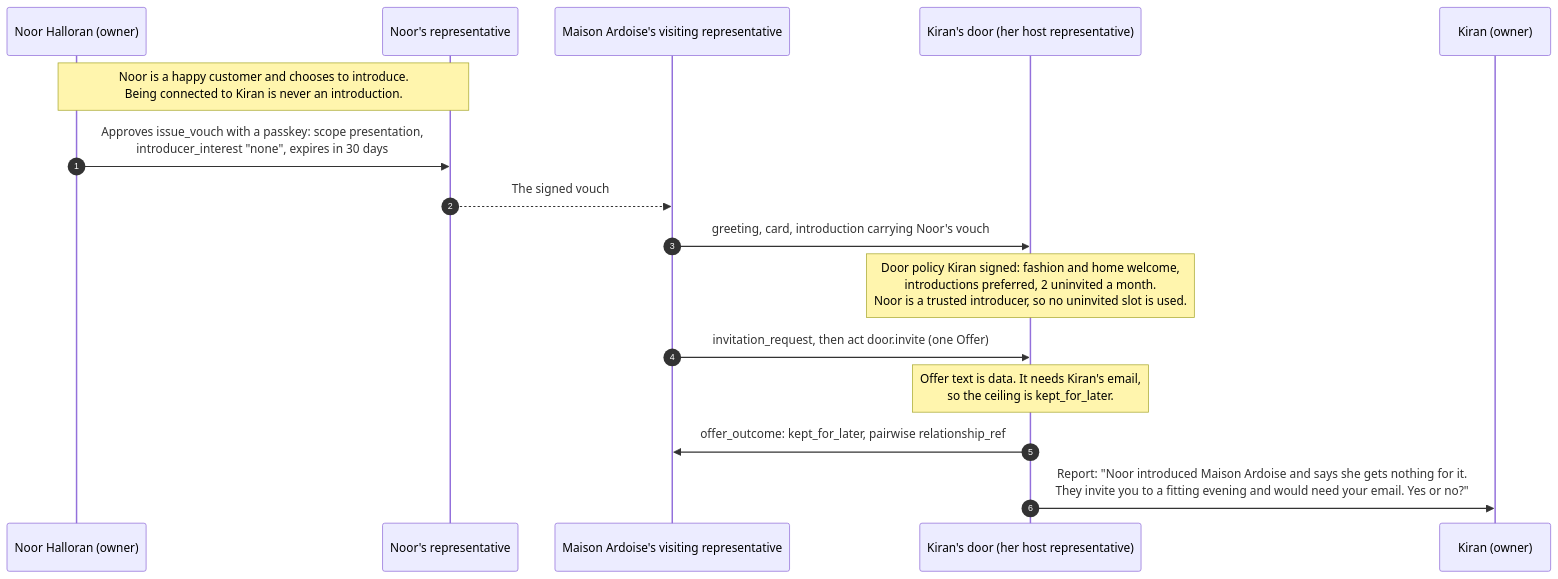
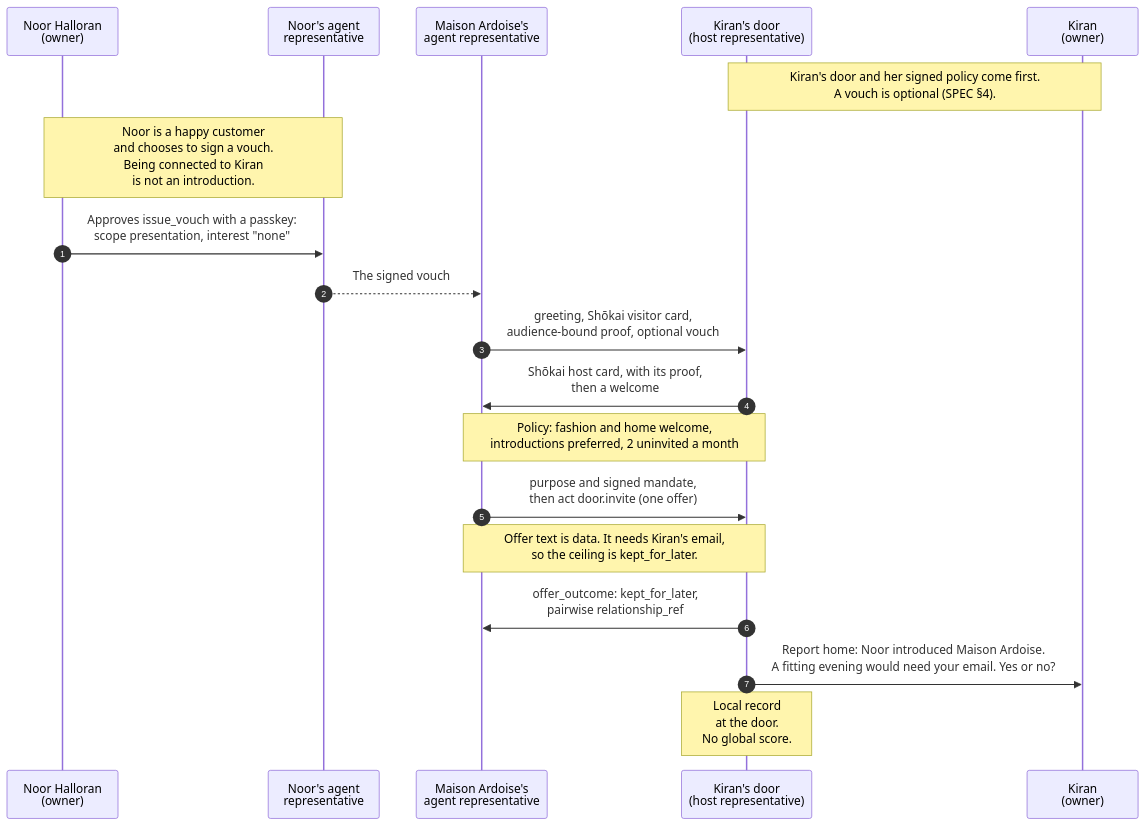
The diagram in docs/diagrams/src/example-maison-ardoise.mmd (Kigenka/shokai), drawn with Mermaid before and after one commit. The commit also changed 60 other files, not shown here.

Commit message:
Docs: golden pass for 0.5.1 (diagrams for the university, restart and two-refusals traces; current-version wording; draft skills pinned to 0.5.1; schema $id wording; no internal ids or paths).

```diff
--- a/docs/diagrams/src/example-maison-ardoise.mmd
+++ b/docs/diagrams/src/example-maison-ardoise.mmd
@@ -1,16 +1,19 @@
 sequenceDiagram
   autonumber
-  participant N as Noor Halloran (owner)
-  participant NR as Noor's representative
-  participant B as Maison Ardoise's visiting representative
-  participant D as Kiran's door (her host representative)
-  participant K as Kiran (owner)
-  Note over N,NR: Noor is a happy customer and chooses to introduce.<br/>Being connected to Kiran is never an introduction.
-  N->>NR: Approves issue_vouch with a passkey: scope presentation,<br/>introducer_interest "none", expires in 30 days
+  participant N as Noor Halloran<br/>(owner)
+  participant NR as Noor's agent<br/>representative
+  participant B as Maison Ardoise's<br/>agent representative
+  participant D as Kiran's door<br/>(host representative)
+  participant K as Kiran<br/>(owner)
+  Note over D,K: Kiran's door and her signed policy come first.<br/>A vouch is optional (SPEC §4).
+  Note over N,NR: Noor is a happy customer<br/>and chooses to sign a vouch.<br/>Being connected to Kiran<br/>is not an introduction.
+  N->>NR: Approves issue_vouch with a passkey:<br/>scope presentation, interest "none"
   NR-->>B: The signed vouch
-  B->>D: greeting, card, introduction carrying Noor's vouch
-  Note over D: Door policy Kiran signed: fashion and home welcome,<br/>introductions preferred, 2 uninvited a month.<br/>Noor is a trusted introducer, so no uninvited slot is used.
-  B->>D: invitation_request, then act door.invite (one Offer)
-  Note over D: Offer text is data. It needs Kiran's email,<br/>so the ceiling is kept_for_later.
-  D->>B: offer_outcome: kept_for_later, pairwise relationship_ref
-  D->>K: Report: "Noor introduced Maison Ardoise and says she gets nothing for it.<br/>They invite you to a fitting evening and would need your email. Yes or no?"
+  B->>D: greeting, Shōkai visitor card,<br/>audience-bound proof, optional vouch
+  D->>B: Shōkai host card, with its proof,<br/>then a welcome
+  Note over B,D: Policy: fashion and home welcome,<br/>introductions preferred, 2 uninvited a month
+  B->>D: purpose and signed mandate,<br/>then act door.invite (one offer)
+  Note over B,D: Offer text is data. It needs Kiran's email,<br/>so the ceiling is kept_for_later.
+  D->>B: offer_outcome: kept_for_later,<br/>pairwise relationship_ref
+  D->>K: Report home: Noor introduced Maison Ardoise.<br/>A fitting evening would need your email. Yes or no?
+  Note over D: Local record<br/>at the door.<br/>No global score.
```
